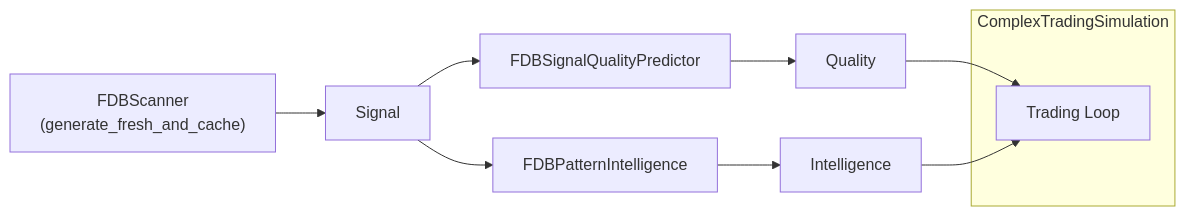
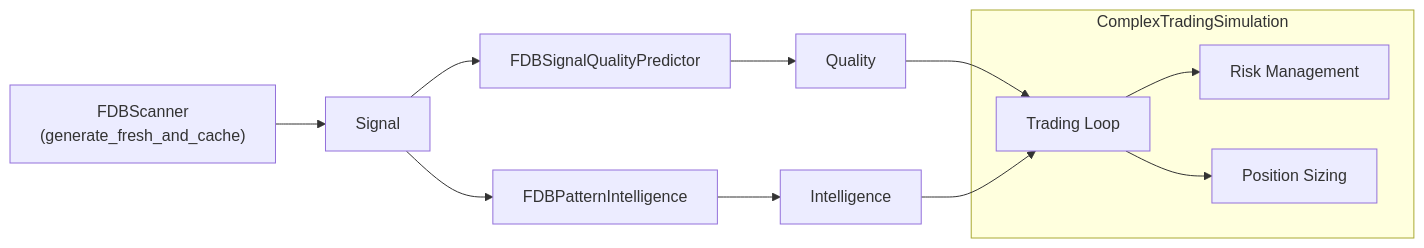
One commit to jgwill/jgtml changed the first of 2 diagrams in docs/complex_trading_simulation.md. Above: the diagram before and after it, drawn with Mermaid. The commit also changed other lines of this file and 1 other file, not shown here.

````diff
--- a/docs/complex_trading_simulation.md
+++ b/docs/complex_trading_simulation.md
@@ -19,13 +19,17 @@
 ```mermaid
 flowchart LR
     Scanner["FDBScanner\n(generate_fresh_and_cache)"] --> Signal
     PatternIntelligence["FDBPatternIntelligence"] --> Intelligence
     SignalQuality["FDBSignalQualityPredictor"] --> Quality
     Signal --> SignalQuality
     Signal --> PatternIntelligence
     Quality --> Simulation
     Intelligence --> Simulation
     subgraph "ComplexTradingSimulation"
         Simulation["Trading Loop"]
+        RiskManager["Risk Management"]
+        PositionSizer["Position Sizing"]
+        Simulation --> RiskManager
+        Simulation --> PositionSizer
     end
 ```
````
